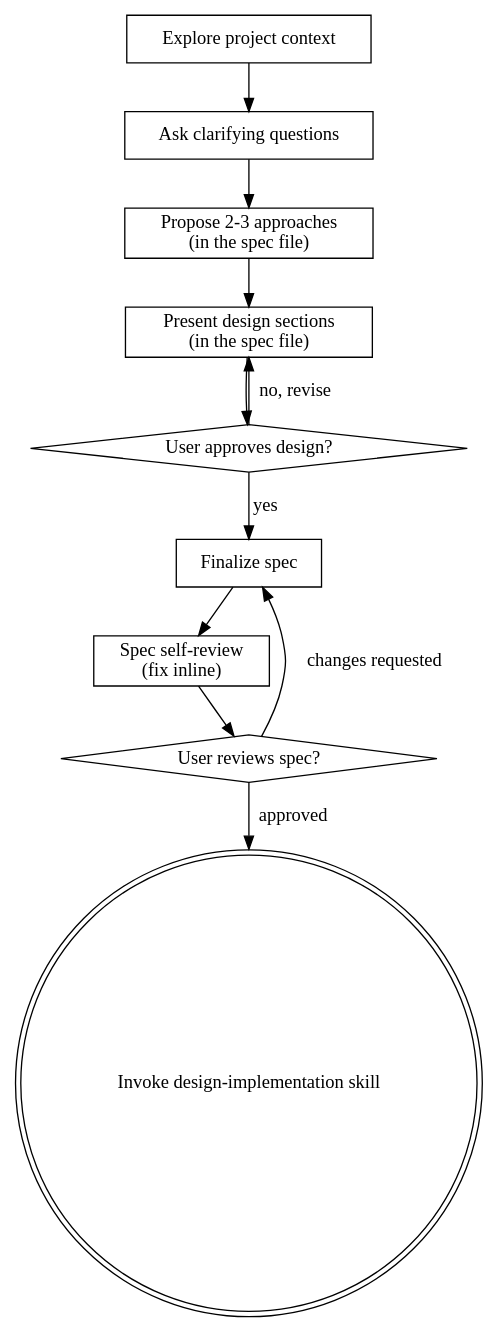
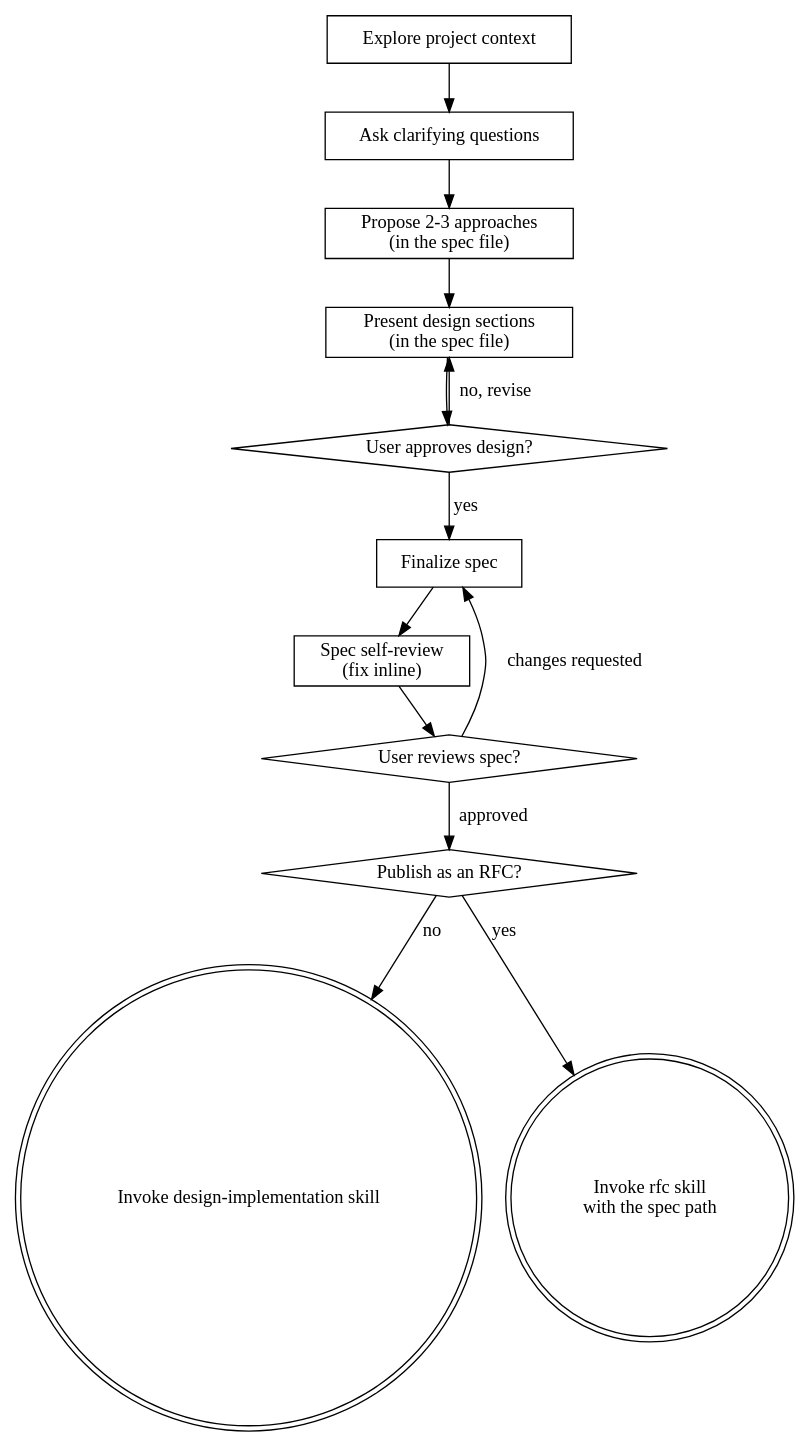
Before and after one commit to tycooon/skills: the diagram in design-brainstorming/SKILL.md, drawn with Graphviz. The commit also changed other lines of this file and 1 other file, not shown here.

Commit message:
rfc, design-brainstorming: brainstorm the design with the user before writing the RFC (#133)

````diff
--- a/design-brainstorming/SKILL.md
+++ b/design-brainstorming/SKILL.md
@@ -34,24 +34,28 @@
 ```dot
 digraph brainstorming {
     "Explore project context" [shape=box];
     "Ask clarifying questions" [shape=box];
     "Propose 2-3 approaches\n(in the spec file)" [shape=box];
     "Present design sections\n(in the spec file)" [shape=box];
     "User approves design?" [shape=diamond];
     "Finalize spec" [shape=box];
     "Spec self-review\n(fix inline)" [shape=box];
     "User reviews spec?" [shape=diamond];
+    "Publish as an RFC?" [shape=diamond];
     "Invoke design-implementation skill" [shape=doublecircle];
+    "Invoke rfc skill\nwith the spec path" [shape=doublecircle];
 
     "Explore project context" -> "Ask clarifying questions";
     "Ask clarifying questions" -> "Propose 2-3 approaches\n(in the spec file)";
     "Propose 2-3 approaches\n(in the spec file)" -> "Present design sections\n(in the spec file)";
     "Present design sections\n(in the spec file)" -> "User approves design?";
     "User approves design?" -> "Present design sections\n(in the spec file)" [label="no, revise"];
     "User approves design?" -> "Finalize spec" [label="yes"];
     "Finalize spec" -> "Spec self-review\n(fix inline)";
     "Spec self-review\n(fix inline)" -> "User reviews spec?";
     "User reviews spec?" -> "Finalize spec" [label="changes requested"];
-    "User reviews spec?" -> "Invoke design-implementation skill" [label="approved"];
+    "User reviews spec?" -> "Publish as an RFC?" [label="approved"];
+    "Publish as an RFC?" -> "Invoke design-implementation skill" [label="no"];
+    "Publish as an RFC?" -> "Invoke rfc skill\nwith the spec path" [label="yes"];
 }
 ```
````
